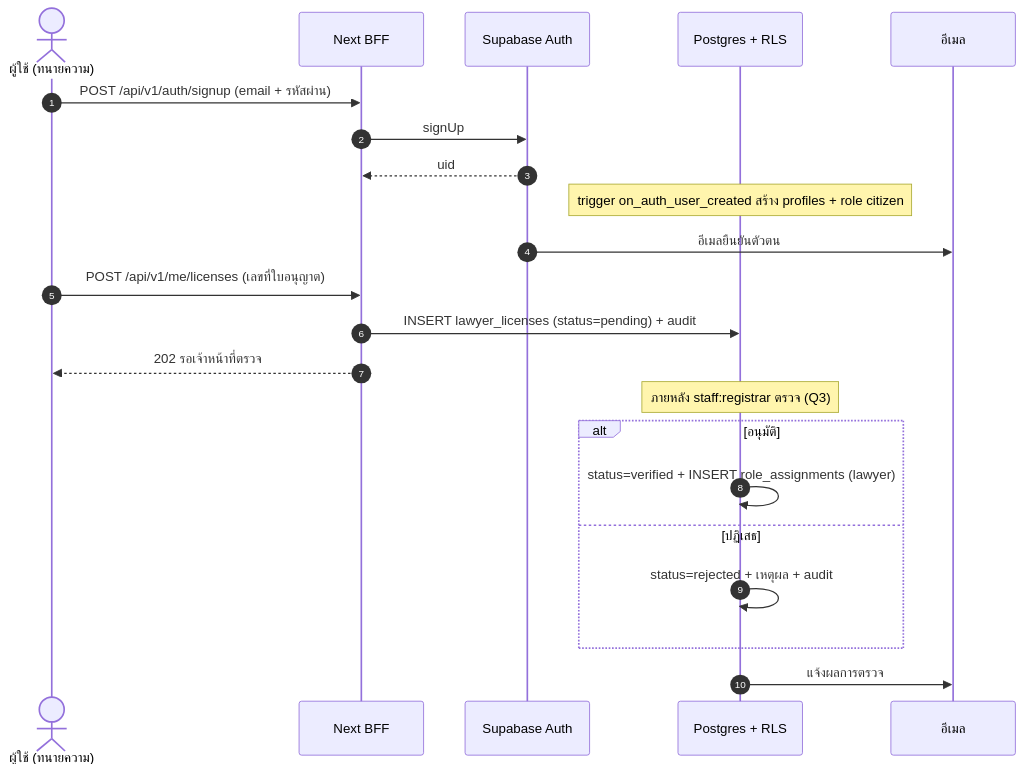
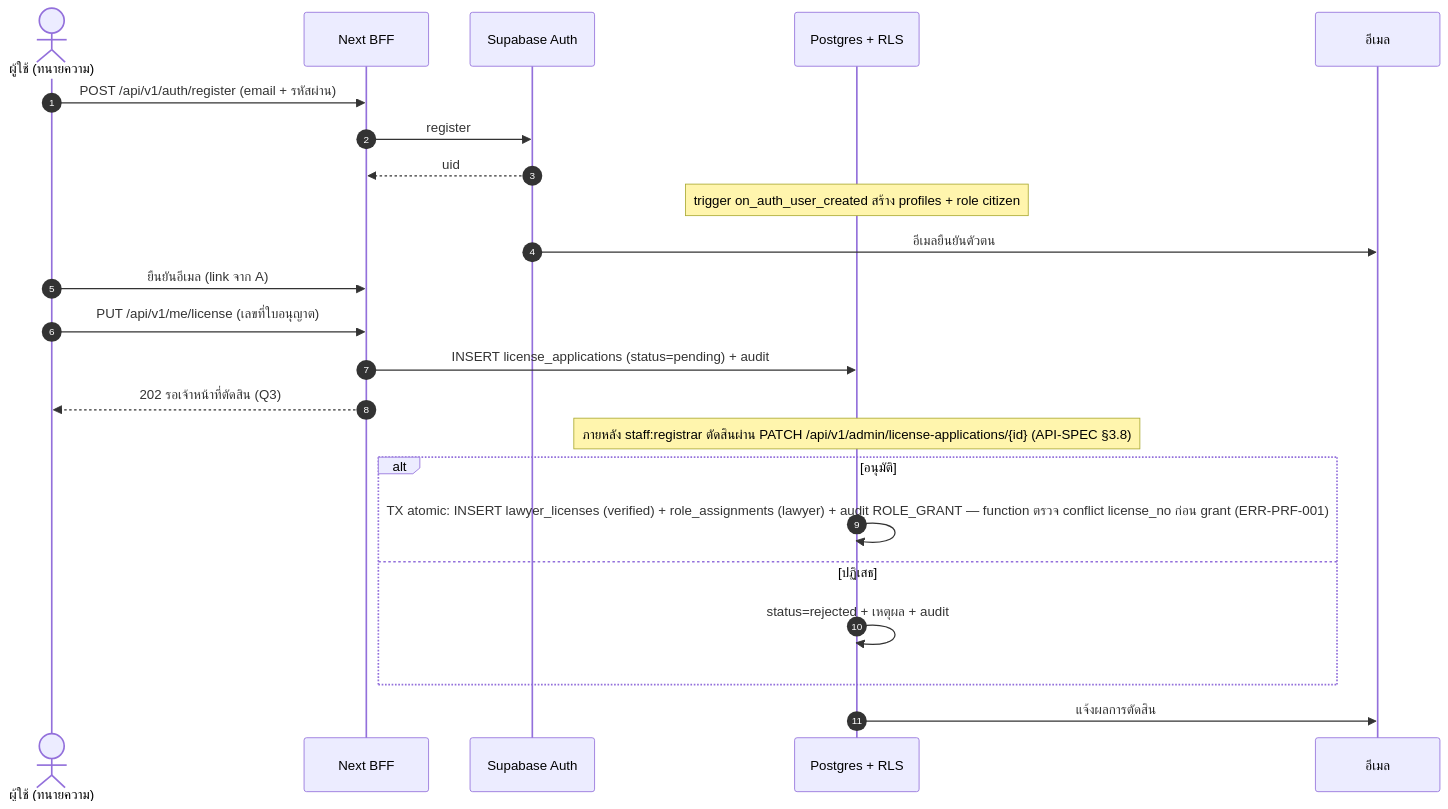
The first of 6 diagrams in docs/03-design/SDS.md (narongsak-sukma/E-Leaning-LTC), drawn with Mermaid before and after one commit. The commit also changed other lines of this file and 6 other files, not shown here.

````diff
--- a/docs/03-design/SDS.md
+++ b/docs/03-design/SDS.md
@@ -166,24 +170,25 @@
 ```mermaid
 sequenceDiagram
     autonumber
     actor U as ผู้ใช้ (ทนายความ)
     participant BFF as Next BFF
     participant A as Supabase Auth
     participant DB as Postgres + RLS
     participant M as อีเมล
-    U->>BFF: POST /api/v1/auth/signup (email + รหัสผ่าน)
-    BFF->>A: signUp
+    U->>BFF: POST /api/v1/auth/register (email + รหัสผ่าน)
+    BFF->>A: register
     A-->>BFF: uid
     Note over DB: trigger on_auth_user_created สร้าง profiles + role citizen
     A->>M: อีเมลยืนยันตัวตน
-    U->>BFF: POST /api/v1/me/licenses (เลขที่ใบอนุญาต)
-    BFF->>DB: INSERT lawyer_licenses (status=pending) + audit
-    BFF-->>U: 202 รอเจ้าหน้าที่ตรวจ
-    Note over DB: ภายหลัง staff:registrar ตรวจ (Q3)
+    U->>BFF: ยืนยันอีเมล (link จาก A)
+    U->>BFF: PUT /api/v1/me/license (เลขที่ใบอนุญาต)
+    BFF->>DB: INSERT license_applications (status=pending) + audit
+    BFF-->>U: 202 รอเจ้าหน้าที่ตัดสิน (Q3)
+    Note over DB: ภายหลัง staff:registrar ตัดสินผ่าน PATCH /api/v1/admin/license-applications/{id} (API-SPEC §3.8)
     alt อนุมัติ
-        DB->>DB: status=verified + INSERT role_assignments (lawyer)
+        DB->>DB: TX atomic: INSERT lawyer_licenses (verified) + role_assignments (lawyer) + audit ROLE_GRANT — function ตรวจ conflict license_no ก่อน grant (ERR-PRF-001)
     else ปฏิเสธ
         DB->>DB: status=rejected + เหตุผล + audit
     end
-    DB->>M: แจ้งผลการตรวจ
+    DB->>M: แจ้งผลการตัดสิน
 ```
````
